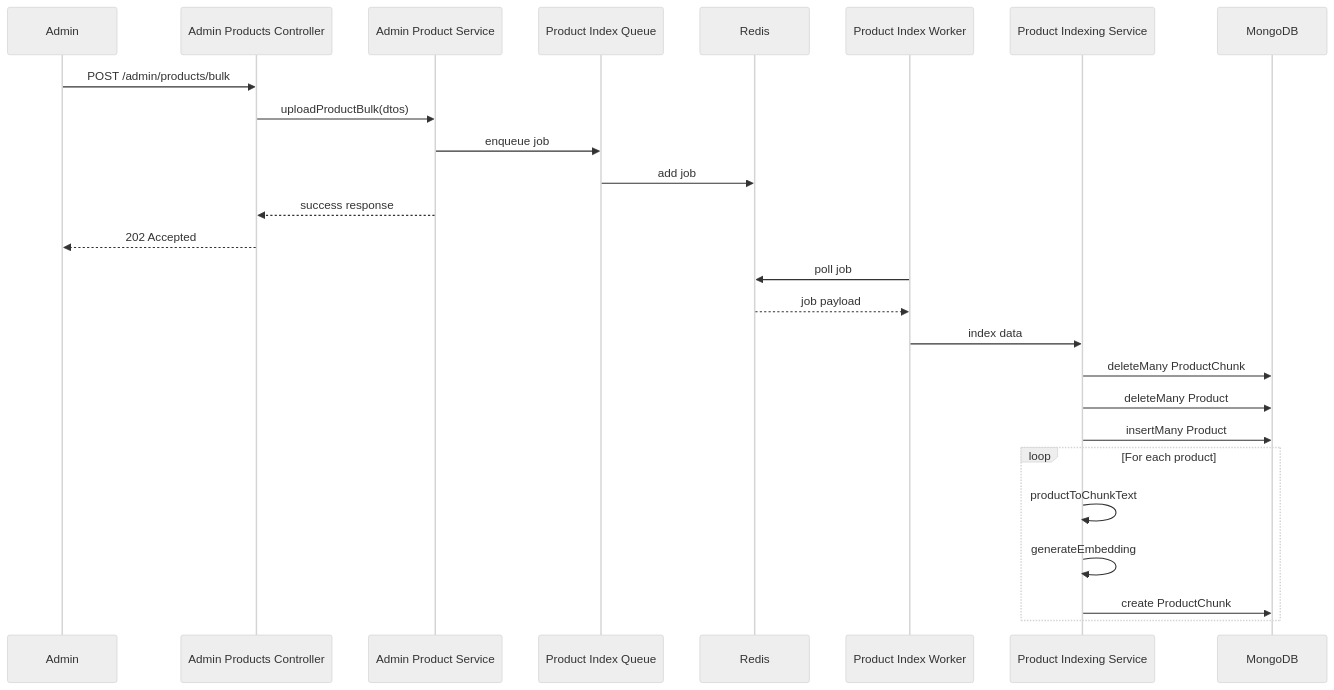
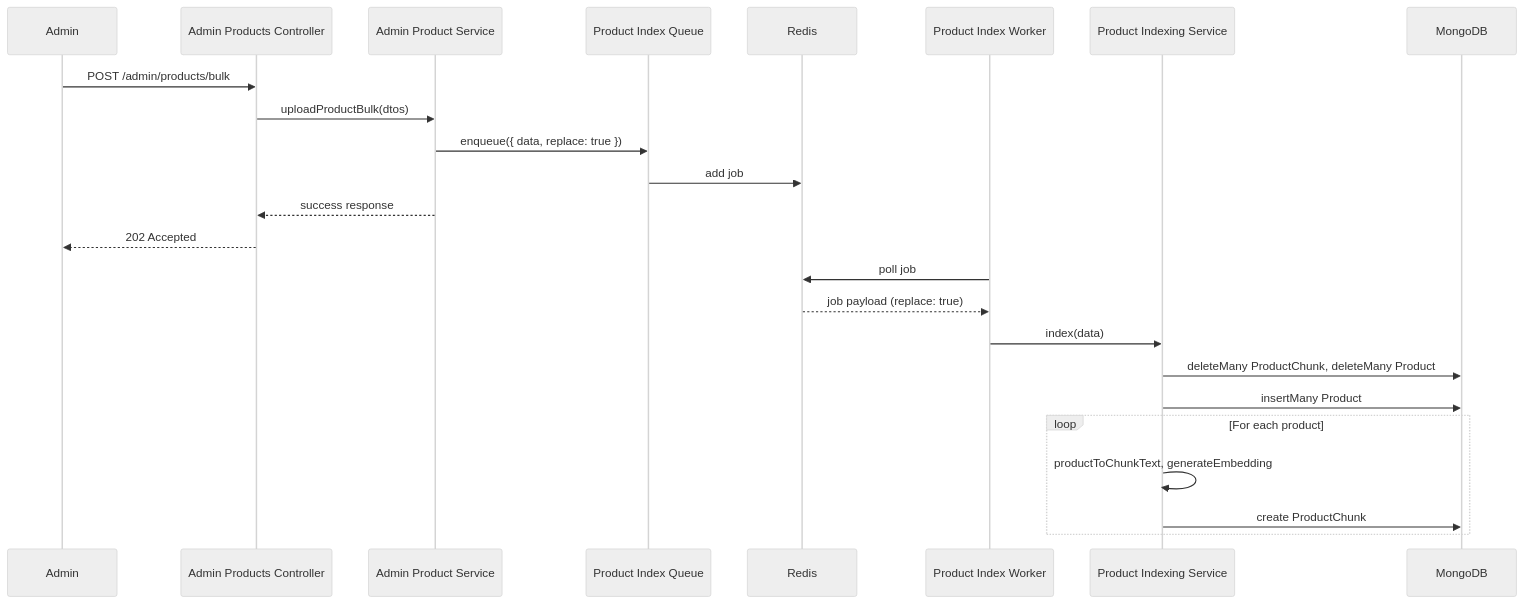
The fourth of 7 diagrams in docs/RAG_FLOW.md (shahadathhs/rag), drawn with Mermaid (neutral theme) before and after one commit. The commit also changed other lines of this file and 8 other files, not shown here.

Commit message:
feat: imporve rag flow

````diff
--- a/docs/RAG_FLOW.md
+++ b/docs/RAG_FLOW.md
@@ -201,31 +213,28 @@
 ```mermaid
 sequenceDiagram
     participant Admin
     participant API as Admin Products Controller
     participant Svc as Admin Product Service
     participant Q as Product Index Queue
     participant Redis
     participant Worker as Product Index Worker
     participant PIS as Product Indexing Service
     participant DB as MongoDB
 
     Admin->>API: POST /admin/products/bulk
     API->>Svc: uploadProductBulk(dtos)
-    Svc->>Q: enqueue job
+    Svc->>Q: enqueue({ data, replace: true })
     Q->>Redis: add job
     Svc-->>API: success response
     API-->>Admin: 202 Accepted
 
     Worker->>Redis: poll job
-    Redis-->>Worker: job payload
-    Worker->>PIS: index data
-    PIS->>DB: deleteMany ProductChunk
-    PIS->>DB: deleteMany Product
+    Redis-->>Worker: job payload (replace: true)
+    Worker->>PIS: index(data)
+    PIS->>DB: deleteMany ProductChunk, deleteMany Product
     PIS->>DB: insertMany Product
-
     loop For each product
-        PIS->>PIS: productToChunkText
-        PIS->>PIS: generateEmbedding
+        PIS->>PIS: productToChunkText, generateEmbedding
         PIS->>DB: create ProductChunk
     end
 ```
````
